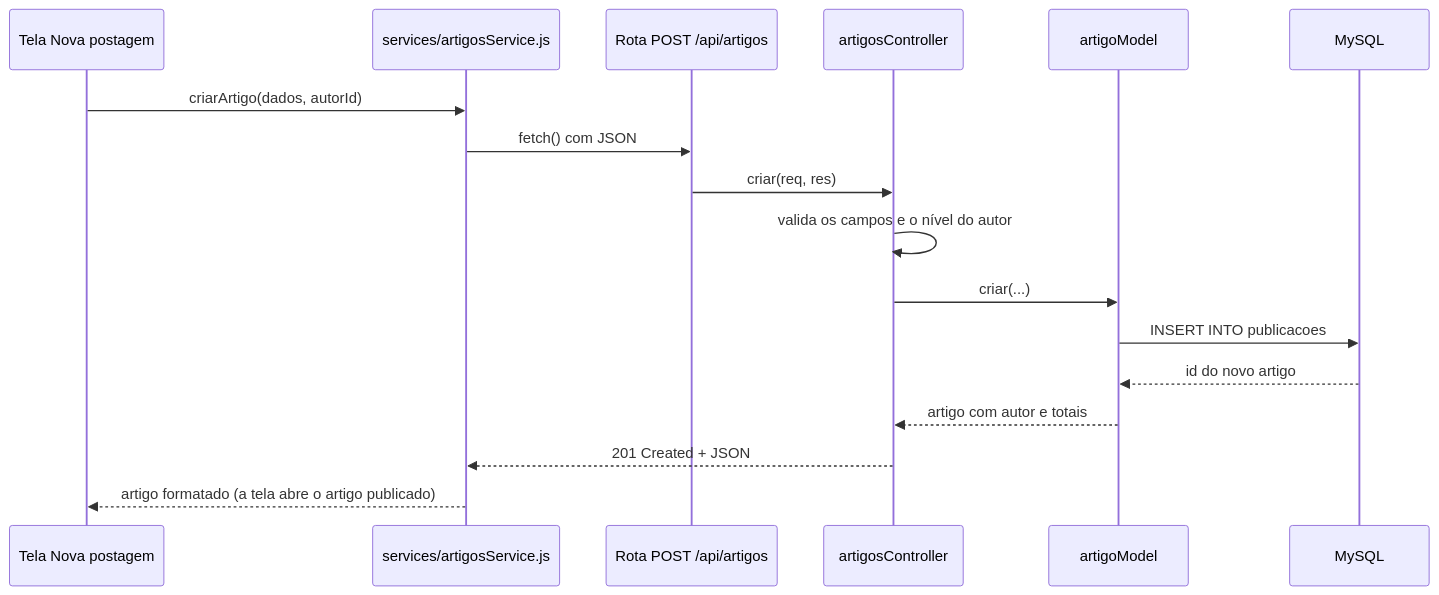
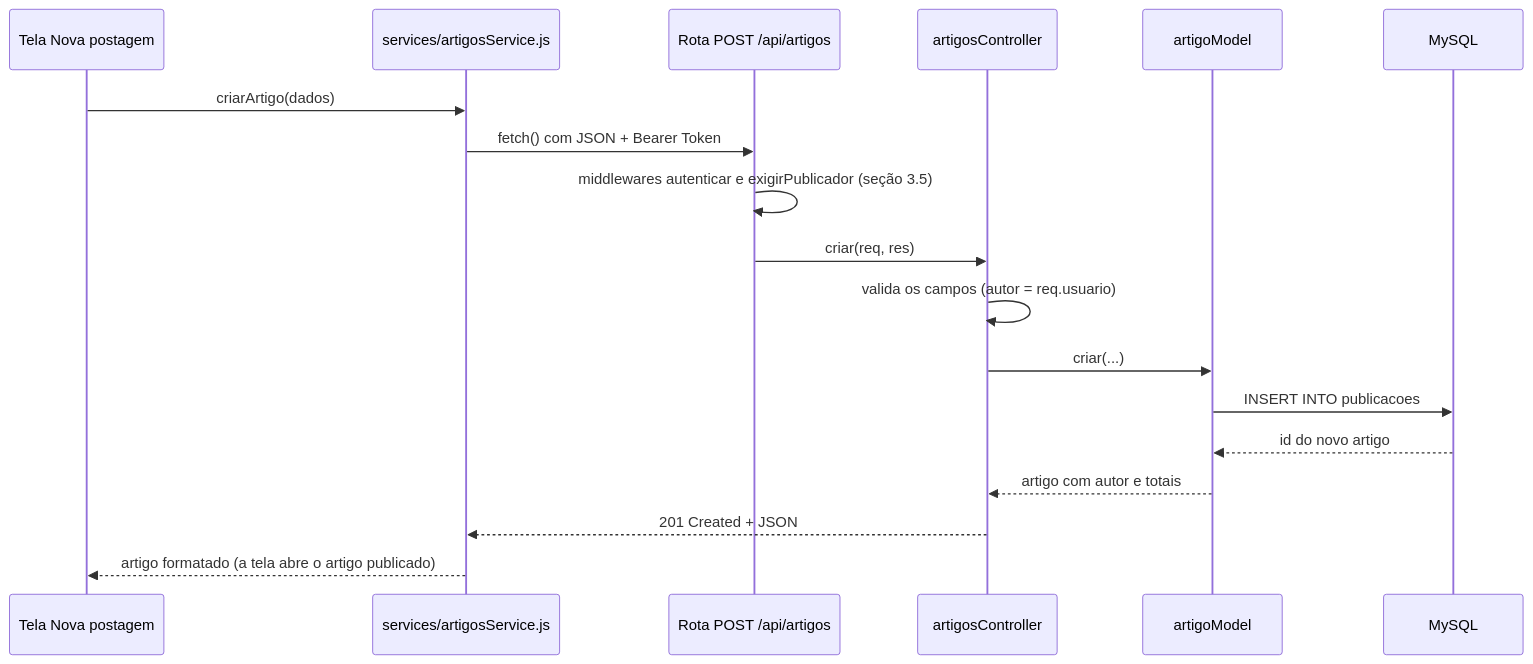
The third of 5 diagrams in README.md (anasprenger/conexaopais.app), drawn with Mermaid before and after one commit. The commit also changed other lines of this file and 5 other files, not shown here.

````diff
--- a/README.md
+++ b/README.md
@@ -248,19 +253,20 @@
 ```mermaid
 sequenceDiagram
     participant T as Tela Nova postagem
     participant S as services/artigosService.js
     participant R as Rota POST /api/artigos
     participant C as artigosController
     participant M as artigoModel
     participant DB as MySQL
-    T->>S: criarArtigo(dados, autorId)
-    S->>R: fetch() com JSON
+    T->>S: criarArtigo(dados)
+    S->>R: fetch() com JSON + Bearer Token
+    R->>R: middlewares autenticar e exigirPublicador (seção 3.5)
     R->>C: criar(req, res)
-    C->>C: valida os campos e o nível do autor
+    C->>C: valida os campos (autor = req.usuario)
     C->>M: criar(...)
     M->>DB: INSERT INTO publicacoes
     DB-->>M: id do novo artigo
     M-->>C: artigo com autor e totais
     C-->>S: 201 Created + JSON
     S-->>T: artigo formatado (a tela abre o artigo publicado)
 ```
````
